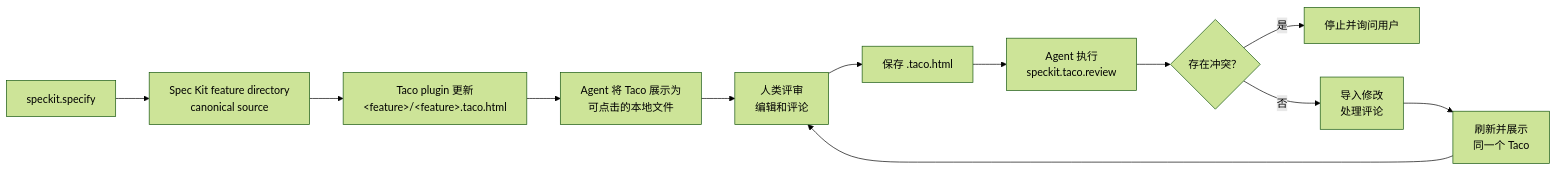
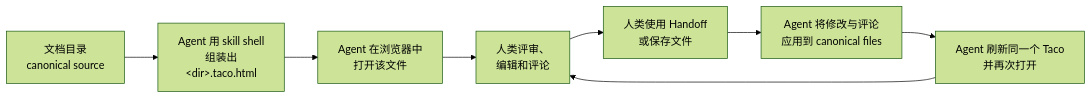
The diagram in README.zh-CN.md (Arcadia822/taco), drawn with Mermaid (forest theme) before and after one commit. The commit also changed other lines of this file and 36 other files, not shown here.

First line of the commit message:
feat: CLI-free agent workflow with skill-first installation (#36)

````diff
--- a/README.zh-CN.md
+++ b/README.zh-CN.md
@@ -47,14 +47,10 @@
 ```mermaid
 flowchart LR
-    A["speckit.specify"] --> B["Spec Kit feature directory<br/>canonical source"]
-    B --> C["Taco plugin 更新<br/>&lt;feature&gt;/&lt;feature&gt;.taco.html"]
-    C --> D["Agent 将 Taco 展示为<br/>可点击的本地文件"]
-    D --> E["人类评审<br/>编辑和评论"]
-    E --> F["保存 .taco.html"]
-    F --> G["Agent 执行<br/>speckit.taco.review"]
-    G --> H{"存在冲突？"}
-    H -- "是" --> I["停止并询问用户"]
-    H -- "否" --> J["导入修改<br/>处理评论"]
-    J --> K["刷新并展示<br/>同一个 Taco"]
-    K --> E
+    A["文档目录<br/>canonical source"] --> B["Agent 用 skill shell<br/>组装出<br/>&lt;dir&gt;.taco.html"]
+    B --> C["Agent 在浏览器中<br/>打开该文件"]
+    C --> D["人类评审、<br/>编辑和评论"]
+    D --> E["人类使用 Handoff<br/>或保存文件"]
+    E --> F["Agent 将修改与评论<br/>应用到 canonical files"]
+    F --> G["Agent 刷新同一个 Taco<br/>并再次打开"]
+    G --> D
 ```
````
